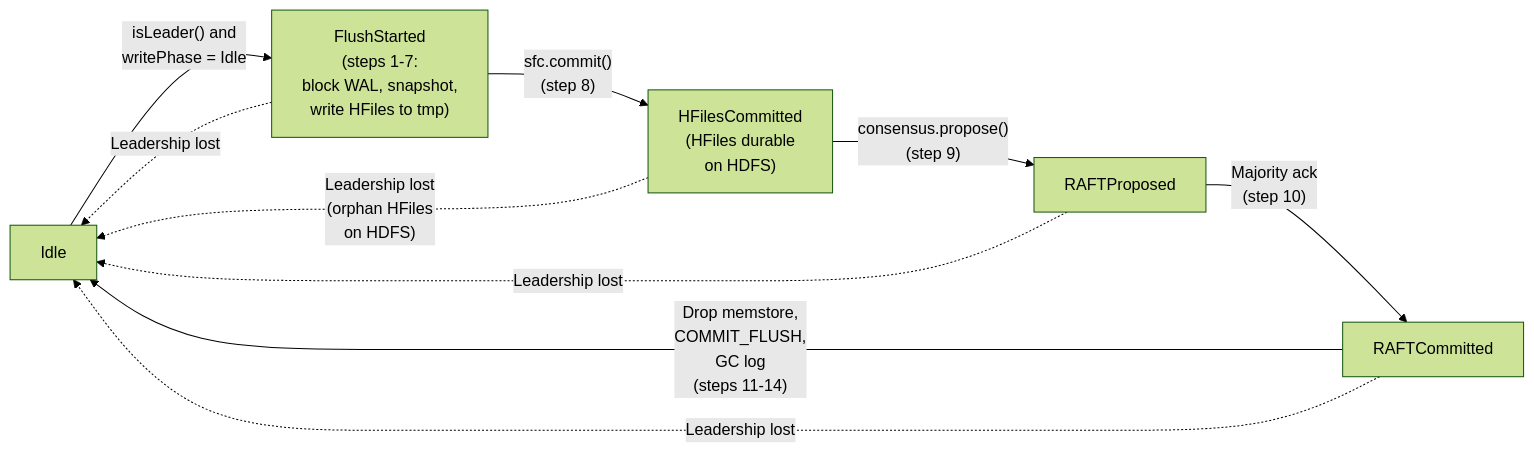
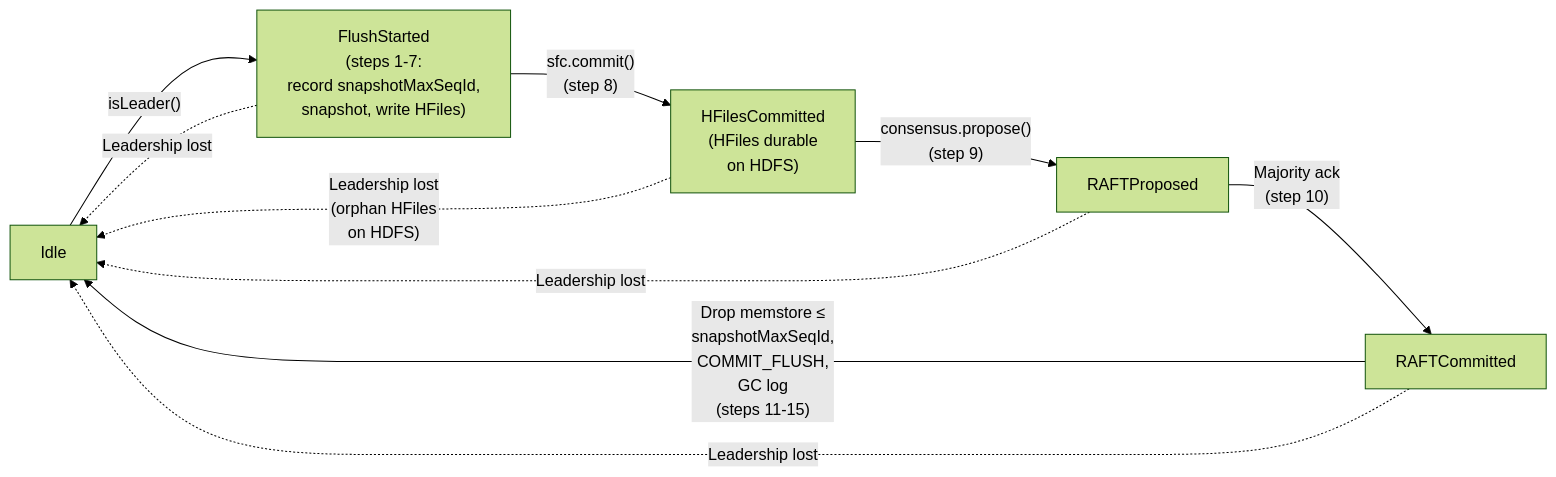
One commit to apurtell/hbase changed the tenth of 16 diagrams in RAFT_REGION_REPLICAS.md. Above: the diagram before and after it, drawn with Mermaid (forest theme). The commit also changed other lines of this file and 16 other files, not shown here.

````diff
--- a/RAFT_REGION_REPLICAS.md
+++ b/RAFT_REGION_REPLICAS.md
@@ -744,13 +744,13 @@
 ```mermaid
 flowchart LR
-    Idle["Idle"] -->|"isLeader() and<br/>writePhase = Idle"| FS["FlushStarted<br/>(steps 1-7:<br/>block WAL, snapshot,<br/>write HFiles to tmp)"]
+    Idle["Idle"] -->|"isLeader()"| FS["FlushStarted<br/>(steps 1-7:<br/>record snapshotMaxSeqId,<br/>snapshot, write HFiles)"]
     FS -->|"sfc.commit()<br/>(step 8)"| HC["HFilesCommitted<br/>(HFiles durable<br/>on HDFS)"]
     HC -->|"consensus.propose()<br/>(step 9)"| RP["RAFTProposed"]
     RP -->|"Majority ack<br/>(step 10)"| RC["RAFTCommitted"]
-    RC -->|"Drop memstore,<br/>COMMIT_FLUSH,<br/>GC log<br/>(steps 11-14)"| Idle
+    RC -->|"Drop memstore ≤<br/>snapshotMaxSeqId,<br/>COMMIT_FLUSH,<br/>GC log<br/>(steps 11-15)"| Idle
 
     FS -.->|"Leadership lost"| Idle
     HC -.->|"Leadership lost<br/>(orphan HFiles<br/>on HDFS)"| Idle
     RP -.->|"Leadership lost"| Idle
     RC -.->|"Leadership lost"| Idle
 ```
````
